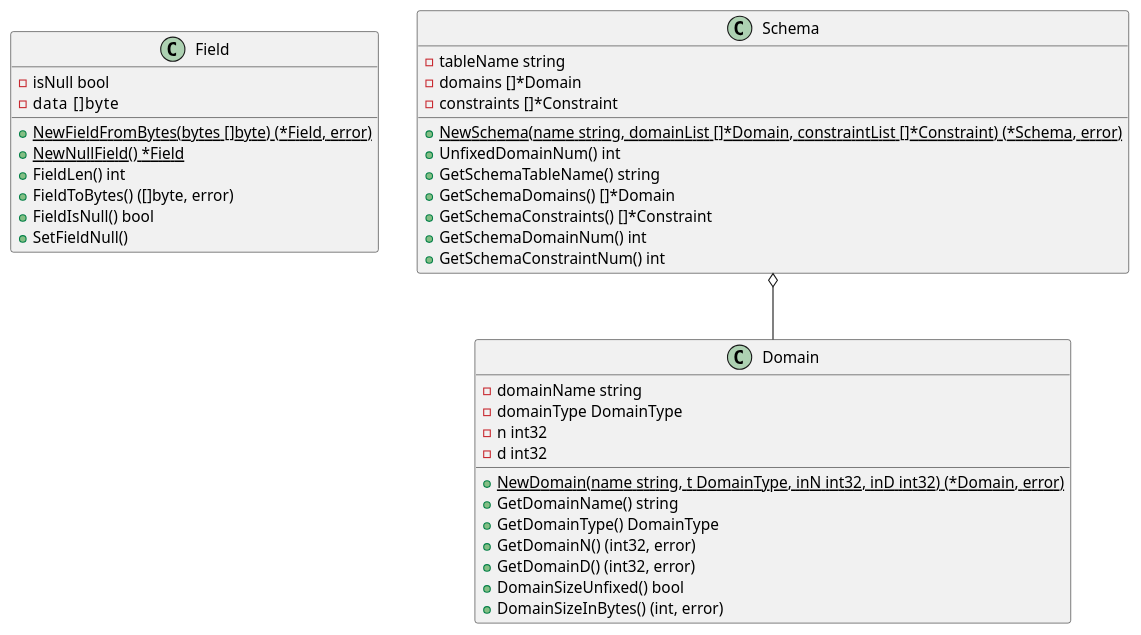
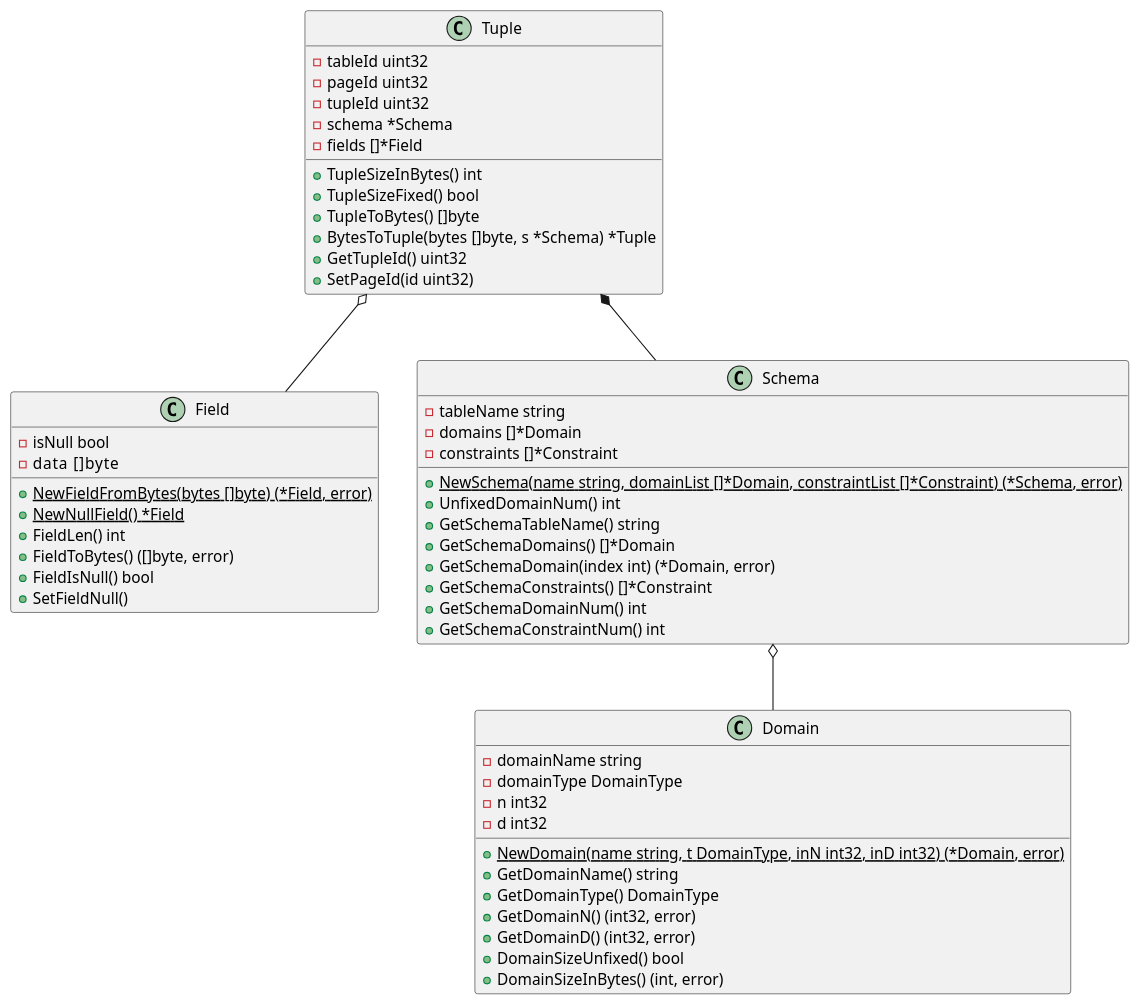
One commit to JorryJoestar/ZetaDB changed the diagram in UML/container.wsd. Above: the diagram before and after it, drawn with PlantUML. The commit also changed 2 other files, not shown here.

```diff
--- a/UML/container.wsd
+++ b/UML/container.wsd
@@ -1,46 +1,65 @@
 @startuml
 
 class Field{
     -isNull bool
 	-data   []byte
     
     +{static} NewFieldFromBytes(bytes []byte) (*Field, error)
     +{static} NewNullField() *Field
     +FieldLen() int
     +FieldToBytes() ([]byte, error)
     +FieldIsNull() bool
     +SetFieldNull()
 }
 
 class Domain{
     -domainName string
 	-domainType DomainType
 	-n int32
 	-d int32
 
     +{static} NewDomain(name string, t DomainType, inN int32, inD int32) (*Domain, error)
     +GetDomainName() string
     +GetDomainType() DomainType
     +GetDomainN() (int32, error)
     +GetDomainD() (int32, error)
     +DomainSizeUnfixed() bool
     +DomainSizeInBytes() (int, error)
 }
 
 class Schema{
     -tableName string
 	-domains []*Domain
 	-constraints []*Constraint
 
     +{static} NewSchema(name string, domainList []*Domain, constraintList []*Constraint) (*Schema, error)
     +UnfixedDomainNum() int
     +GetSchemaTableName() string
     +GetSchemaDomains() []*Domain
+    +GetSchemaDomain(index int) (*Domain, error)
     +GetSchemaConstraints() []*Constraint
     +GetSchemaDomainNum() int
     +GetSchemaConstraintNum() int
 }
 
+class Tuple{
+    -tableId uint32
+	-pageId uint32
+	-tupleId uint32
+	-schema *Schema
+	-fields []*Field
+
+    +TupleSizeInBytes() int
+    +TupleSizeFixed() bool
+    +TupleToBytes() []byte
+    +BytesToTuple(bytes []byte, s *Schema) *Tuple
+    +GetTupleId() uint32
+    +SetPageId(id uint32)
+
+}
+
 Schema o-- Domain
+Tuple o-- Field
+Tuple *-- Schema
 
 @enduml
```
